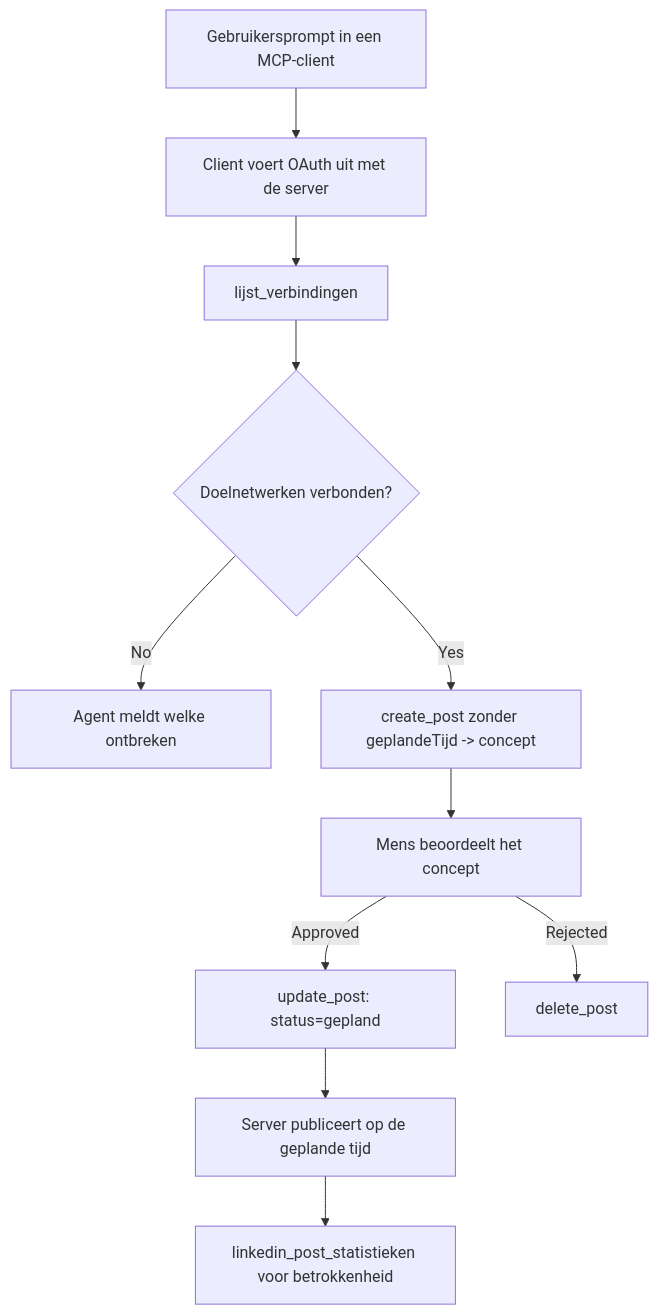
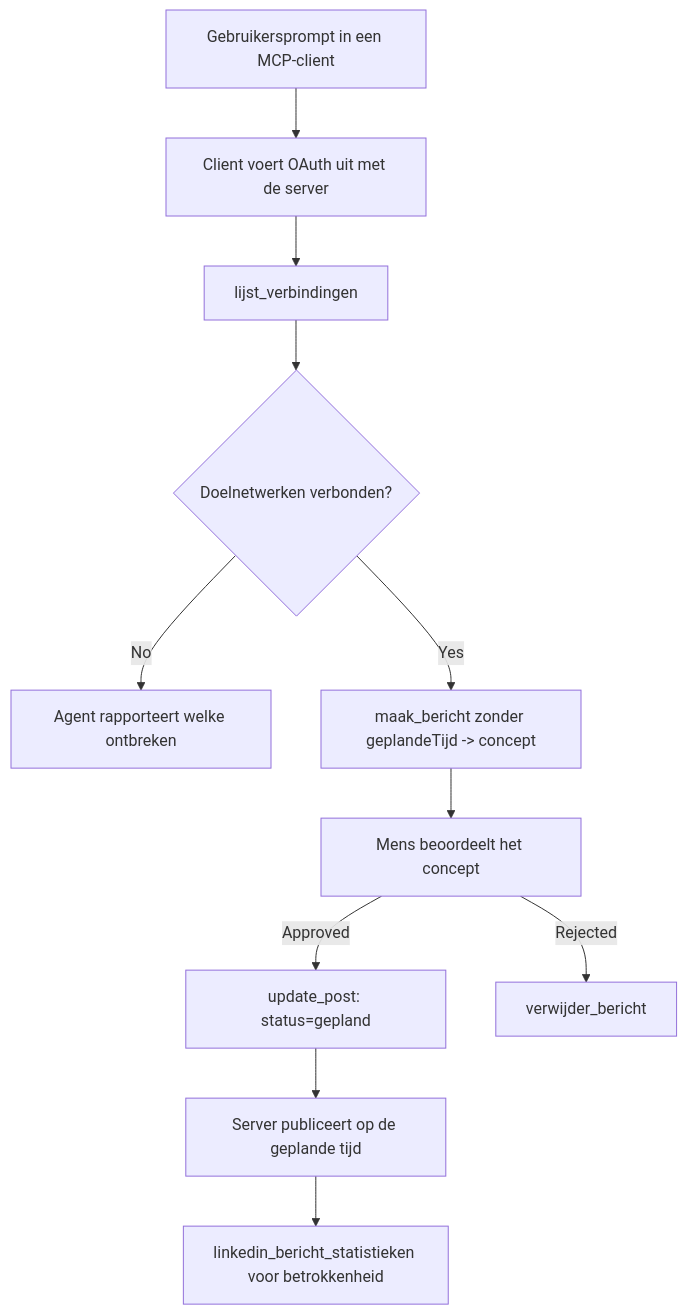
One commit to microsoft/mcp-for-beginners changed the diagram in translations/nl/09-CaseStudy/publora-social-publishing.md. Above: the diagram before and after it, drawn with Mermaid. The commit also changed other lines of this file and 139 other files, not shown here.

````diff
--- a/translations/nl/09-CaseStudy/publora-social-publishing.md
+++ b/translations/nl/09-CaseStudy/publora-social-publishing.md
@@ -47,13 +47,13 @@
 ```mermaid
 flowchart TD
     A[Gebruikersprompt in een MCP-client] --> B[Client voert OAuth uit met de server]
     B --> C[lijst_verbindingen]
     C --> D{Doelnetwerken verbonden?}
-    D -- No --> E[Agent meldt welke ontbreken]
-    D -- Yes --> F[create_post zonder geplandeTijd -> concept]
+    D -- No --> E[Agent rapporteert welke ontbreken]
+    D -- Yes --> F[maak_bericht zonder geplandeTijd -> concept]
     F --> G[Mens beoordeelt het concept]
     G -- Approved --> H[update_post: status=gepland]
-    G -- Rejected --> I[delete_post]
+    G -- Rejected --> I[verwijder_bericht]
     H --> J[Server publiceert op de geplande tijd]
-    J --> K[linkedin_post_statistieken voor betrokkenheid]
+    J --> K[linkedin_bericht_statistieken voor betrokkenheid]
 ```
````
